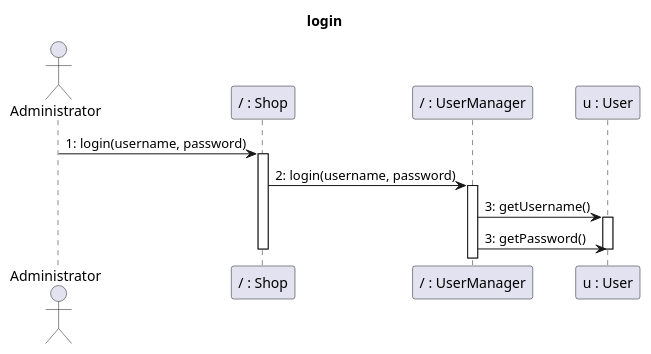
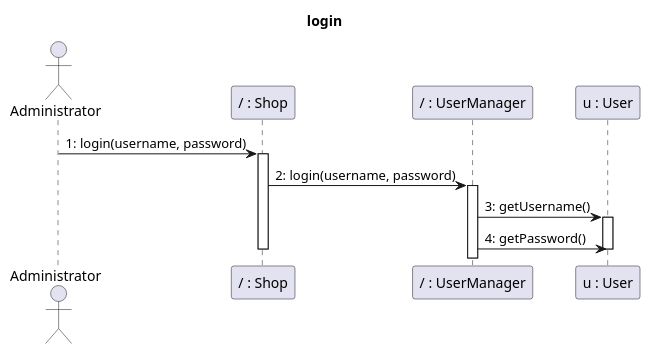
One commit to nicolabattaglino/ezshop changed diagram 18 of 30 in Deliverables/DesignDocument.md. Above: the diagram before and after it, drawn with PlantUML. The commit also changed other lines of this file, not shown here.

````diff
--- a/Deliverables/DesignDocument.md
+++ b/Deliverables/DesignDocument.md
@@ -930,21 +930,21 @@
 ```plantuml
 @startuml
 title login
 actor Administrator
 participant "/ : Shop" as Shop
 participant "/ : UserManager" as UserManager
 participant "u : User" as User
 
 Administrator -> Shop: 1: login(username, password)
 activate Shop
 Shop -> UserManager: 2: login(username, password)
 activate UserManager
 UserManager -> User: 3: getUsername()
 activate User
-UserManager -> User: 3: getPassword()
+UserManager -> User: 4: getPassword()
 deactivate User
 deactivate Shop
 
 
 @enduml
 ```
````
